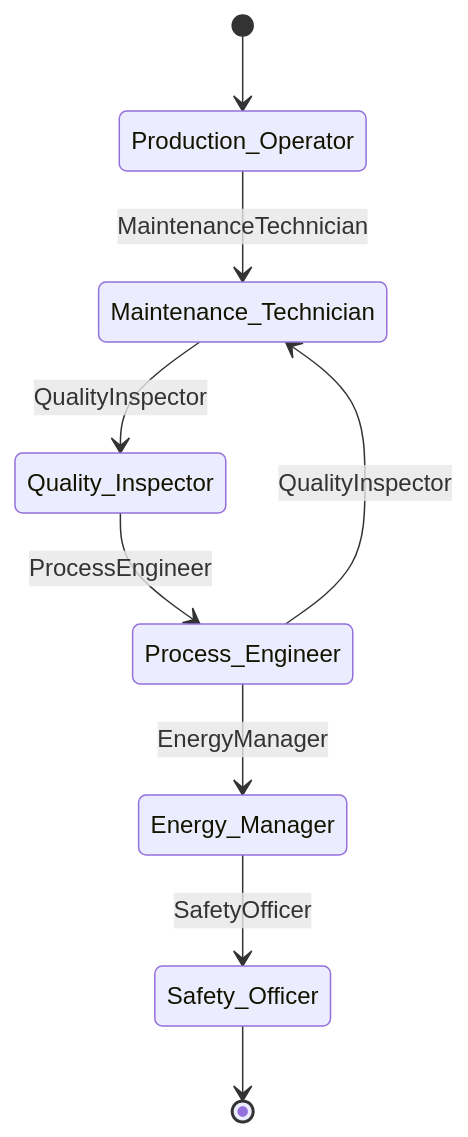
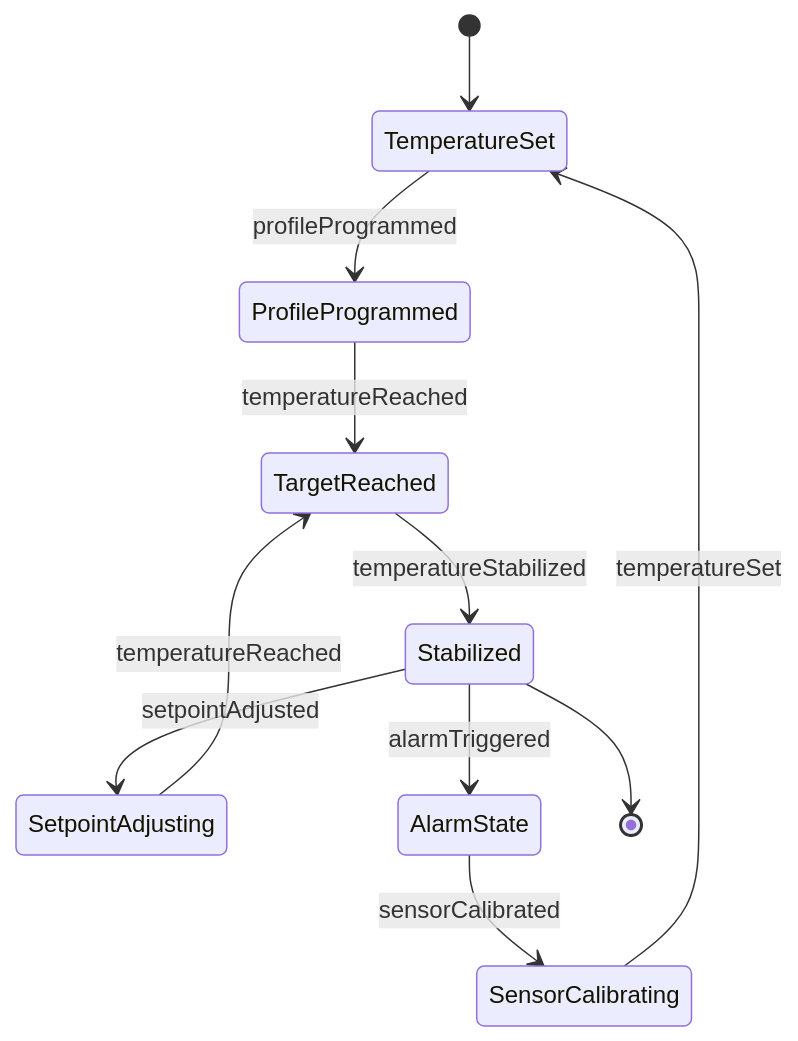
One commit to dot-org-ai/tasks.org.ai changed the second of 4 diagrams in HandlingAndMovingObjects/AdjustEquipmentToEnsureAdequatePerformance/AdjustTemperatureControlsOvensHeating.mdx. Above: the diagram before and after it, drawn with Mermaid. The commit also changed other lines of this file and 40 other files, not shown here.

First line of the commit message:
fix: Replace Actor-based ER and State diagrams with Entity/Event-based diagrams in 41 HandlingAndMovingObjects DWA files

````diff
--- a/HandlingAndMovingObjects/AdjustEquipmentToEnsureAdequatePerformance/AdjustTemperatureControlsOvensHeating.mdx
+++ b/HandlingAndMovingObjects/AdjustEquipmentToEnsureAdequatePerformance/AdjustTemperatureControlsOvensHeating.mdx
@@ -102,11 +100,13 @@
 ```mermaid
 stateDiagram-v2
-    [*] --> Production_Operator
-    Production_Operator --> Maintenance_Technician: MaintenanceTechnician
-    Maintenance_Technician --> Quality_Inspector: QualityInspector
-    Quality_Inspector --> Process_Engineer: ProcessEngineer
-    Process_Engineer --> Energy_Manager: EnergyManager
-    Energy_Manager --> Safety_Officer: SafetyOfficer
-    Process_Engineer --> Maintenance_Technician: QualityInspector
-    Safety_Officer --> [*]
+    [*] --> TemperatureSet
+    TemperatureSet --> ProfileProgrammed : profileProgrammed
+    ProfileProgrammed --> TargetReached : temperatureReached
+    TargetReached --> Stabilized : temperatureStabilized
+    Stabilized --> SetpointAdjusting : setpointAdjusted
+    SetpointAdjusting --> TargetReached : temperatureReached
+    Stabilized --> AlarmState : alarmTriggered
+    AlarmState --> SensorCalibrating : sensorCalibrated
+    SensorCalibrating --> TemperatureSet : temperatureSet
+    Stabilized --> [*]
 ```
````
